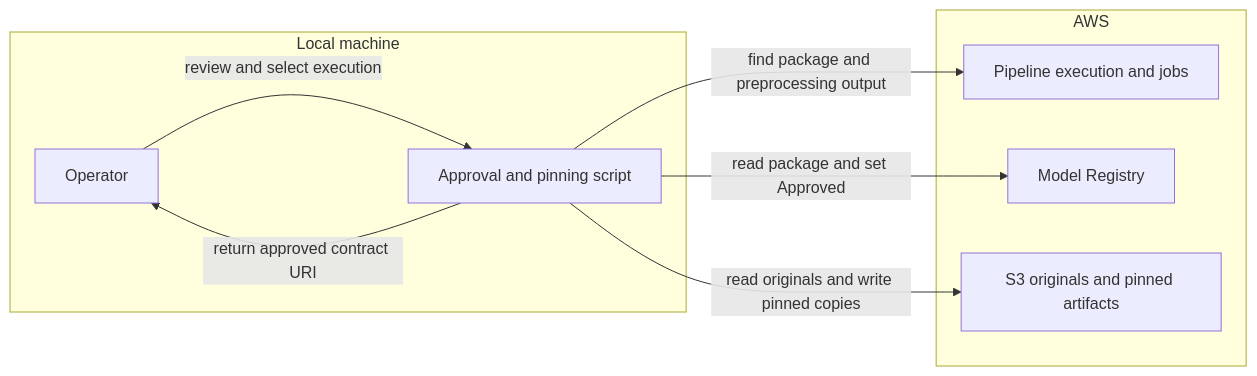
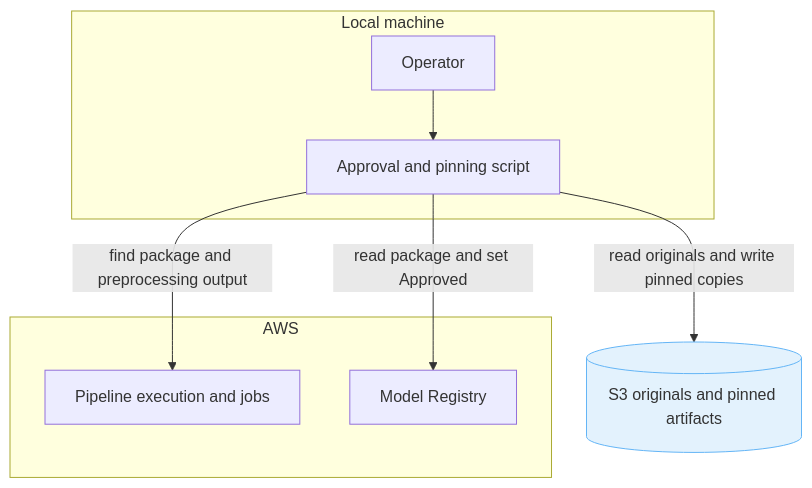
The diagram in Documentation/Pipeline/Children/Approval/Resources/ComponentDiagram.md (MaximeBoulat/customer-churn-pipeline), drawn with Mermaid before and after one commit. The commit also changed 3 other files, not shown here.

````diff
--- a/Documentation/Pipeline/Children/Approval/Resources/ComponentDiagram.md
+++ b/Documentation/Pipeline/Children/Approval/Resources/ComponentDiagram.md
@@ -1,17 +1,21 @@
 ```mermaid
-flowchart LR
+flowchart TB
     subgraph Local["Local machine"]
         Operator["Operator"]
         Script["Approval and pinning script"]
     end
     subgraph AWS["AWS"]
         Execution["Pipeline execution and jobs"]
         Registry["Model Registry"]
-        S3["S3 originals and pinned artifacts"]
     end
-    Operator -->|review and select execution| Script
+
+    S3[("S3 originals and pinned artifacts")]
+
+    Operator --> Script
     Script -->|find package and preprocessing output| Execution
     Script -->|read package and set Approved| Registry
     Script -->|read originals and write pinned copies| S3
-    Script -->|return approved contract URI| Operator
+
+    classDef dataStore fill:#E3F2FD,stroke:#64B5F6
+    class S3 dataStore
 ```
````
